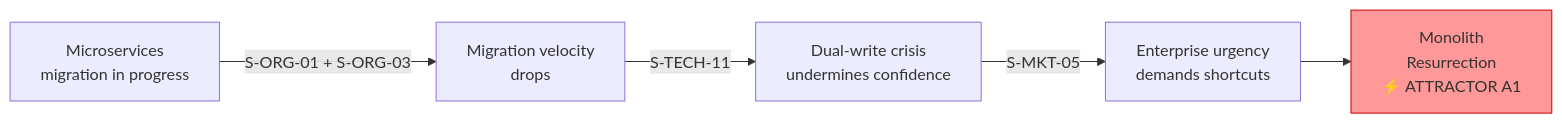
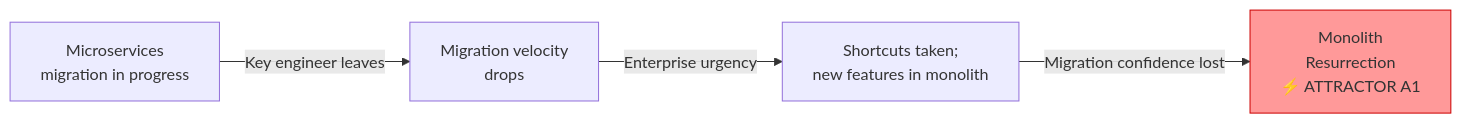
The first of 4 diagrams in docs/residuality-theory/attractors-analysis.md (magnusbakken/residuality-example), drawn with Mermaid before and after one commit. The commit also changed other lines of this file and 15 other files, not shown here.

````diff
--- a/docs/residuality-theory/attractors-analysis.md
+++ b/docs/residuality-theory/attractors-analysis.md
@@ -34,9 +30,8 @@
 ```mermaid
 graph LR
-    A1_start["Microservices\nmigration in progress"] -->|S-ORG-01 + S-ORG-03| A1_slow["Migration velocity\ndrops"]
-    A1_slow -->|S-TECH-11| A1_crisis["Dual-write crisis\nundermines confidence"]
-    A1_crisis -->|S-MKT-05| A1_pressure["Enterprise urgency\ndemands shortcuts"]
-    A1_pressure --> A1_stable["Monolith\nResurrection\n⚡ ATTRACTOR A1"]
+    A1_start["Microservices\nmigration in progress"] -->|Key engineer leaves| A1_slow["Migration velocity\ndrops"]
+    A1_slow -->|Enterprise urgency| A1_pressure["Shortcuts taken;\nnew features in monolith"]
+    A1_pressure -->|Migration confidence lost| A1_stable["Monolith\nResurrection\n⚡ ATTRACTOR A1"]
 
     style A1_stable fill:#ff9999,stroke:#cc0000
 ```
````
